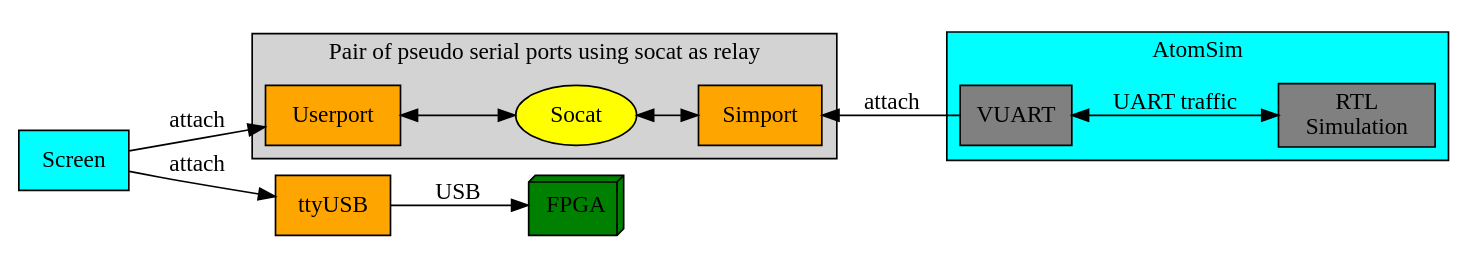
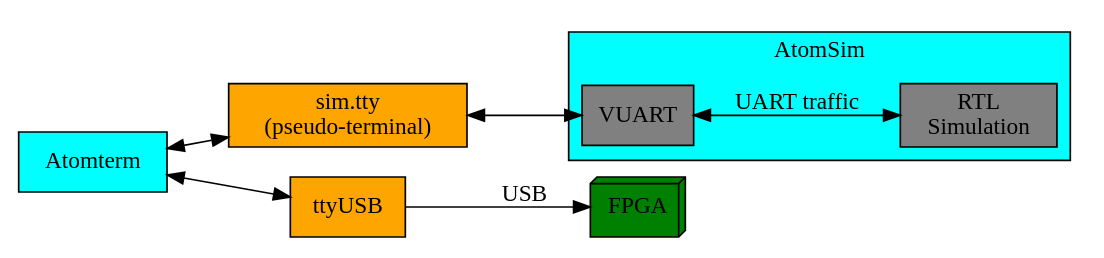
Before and after one commit to saursin/riscv-atom: the diagram in docs/pages/getting_started/examples.rst, drawn with Graphviz. The commit also changed other lines of this file and 14 other files, not shown here.

```diff
--- a/docs/pages/getting_started/examples.rst
+++ b/docs/pages/getting_started/examples.rst
@@ -144,29 +144,20 @@
 .. graphviz::
 
   digraph G {
     rankdir=LR;
-    subgraph cluster_0 {
-        style=filled;
-        fillcolor=lightgrey;
-        label="Pair of pseudo serial ports using socat as relay";
-        Userport [shape=rect, style=filled, fillcolor=orange];
-        Simport [shape=rect, style=filled, fillcolor=orange];
-        Socat [shape=ellipse, style=filled, fillcolor=yellow];
-        Userport -> Socat -> Simport [dir=both];
-    }
     subgraph cluster_1 {
         style=filled;
         fillcolor=cyan;
         label="AtomSim";
         VUART [shape=rect, style=filled, fillcolor=gray];
         RTL [shape=rect, label="RTL\nSimulation", style=filled, fillcolor=gray];
         VUART -> RTL [dir=both, label="UART traffic"];
     }
-    Screen [shape=rect, style=filled, fillcolor=cyan];
+    Atomterm [shape=rect, style=filled, fillcolor=cyan];
+    Simtty [shape=rect, label="sim.tty\n(pseudo-terminal)", style=filled, fillcolor=orange];
     ttyUSB [shape=rect, style=filled, fillcolor=orange];
     FPGA [shape=box3d, style=filled, fillcolor=green];
-    Screen -> Userport [label=attach];
-    Simport -> VUART [dir=back, label=attach];
-    Screen -> ttyUSB [label=attach];
+    Atomterm -> Simtty -> VUART [dir=both];
+    Atomterm -> ttyUSB [dir=both];
     ttyUSB -> FPGA [label=USB];
   }
```
